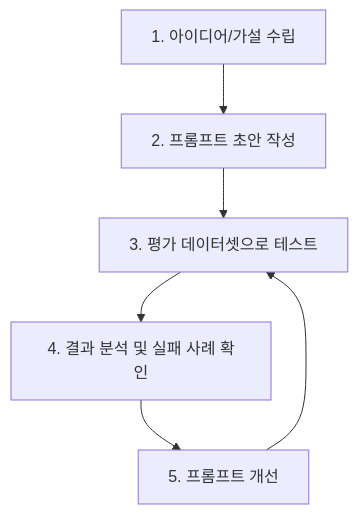
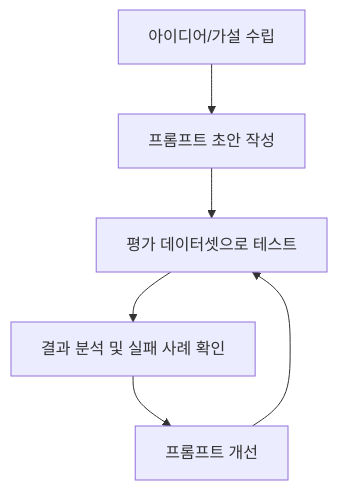
The diagram in Chatpter III. LLM/3. 생성형 AI를 활용한 애플리케이션 개발 가이드/3. 프롬프트 평가와 개선, 안전.md (hanaoverride/data-scientist-cookbook-for-korean), drawn with Mermaid before and after one commit. The commit also changed other lines of this file and 74 other files, not shown here.

````diff
--- a/Chatpter III. LLM/3. 생성형 AI를 활용한 애플리케이션 개발 가이드/3. 프롬프트 평가와 개선, 안전.md
+++ b/Chatpter III. LLM/3. 생성형 AI를 활용한 애플리케이션 개발 가이드/3. 프롬프트 평가와 개선, 안전.md
@@ -19,8 +21,8 @@
 ```mermaid
 graph TD
-    A[1. 아이디어/가설 수립] --> B[2. 프롬프트 초안 작성];
-    B --> C[3. 평가 데이터셋으로 테스트];
-    C --> D[4. 결과 분석 및 실패 사례 확인];
-    D --> E[5. 프롬프트 개선];
+    A[아이디어/가설 수립] --> B[프롬프트 초안 작성];
+    B --> C[평가 데이터셋으로 테스트];
+    C --> D[결과 분석 및 실패 사례 확인];
+    D --> E[프롬프트 개선];
     E --> C;
 ```
````
